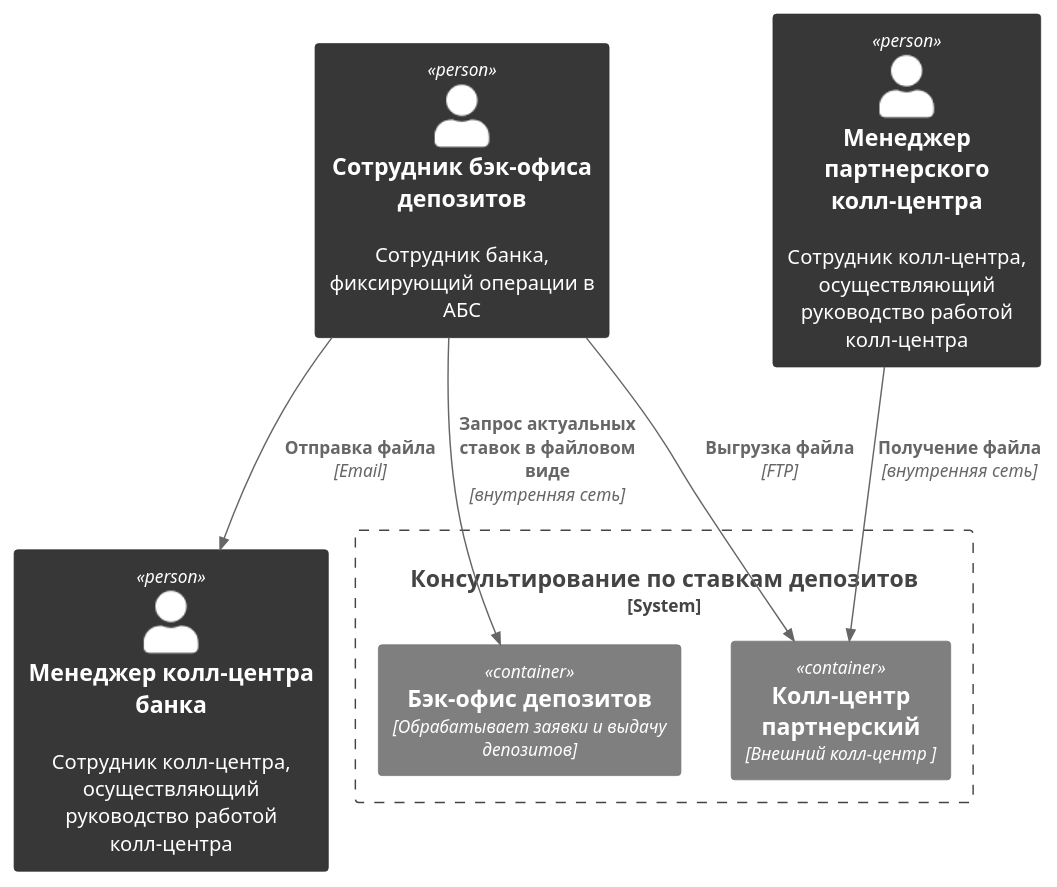
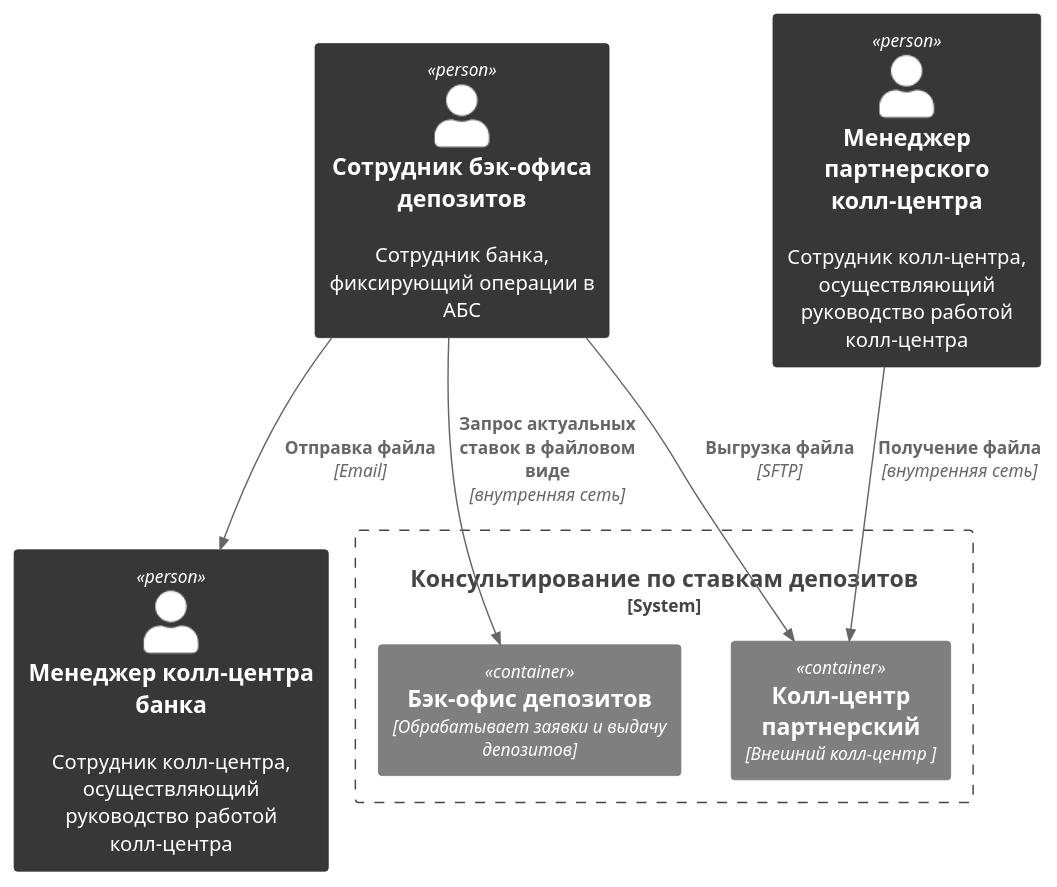
One commit to sdilman/architecture-standart changed the diagram in Task4/c4_main.puml. Above: the diagram before and after it, drawn with PlantUML. The commit also changed 6 other files, not shown here.

```diff
--- a/Task4/c4_main.puml
+++ b/Task4/c4_main.puml
@@ -1,27 +1,27 @@
 @startuml Bank_System_C4
 !include https://raw.githubusercontent.com/plantuml-stdlib/C4-PlantUML/master/C4_Container.puml
 
 ' --- Настройки ---
 skinparam wrapWidth 200
 skinparam monochrome true
 skinparam shadowing false
 
 ' --- Персонажи ---
 Person(call_employee_bank, "Менеджер колл-центра банка", "Сотрудник колл-центра, осуществляющий руководство работой колл-центра")
 Person(call_employee_partner, "Менеджер партнерского колл-центра", "Сотрудник колл-центра, осуществляющий руководство работой колл-центра")
 Person(back_employee, "Сотрудник бэк-офиса депозитов", "Сотрудник банка, фиксирующий операции в АБС")
 
 ' --- Системы ---
 System_Boundary(bank_boundary, "Консультирование по ставкам депозитов") {
     Container(back_office, "Бэк-офис депозитов", "Обрабатывает заявки и выдачу депозитов")
     Container(call_center_partner, "Колл-центр партнерский", "Внешний колл-центр ")
 }
 
 ' --- Связи ---
 Rel(back_employee, back_office, "Запрос актуальных ставок в файловом виде", "внутренняя сеть")
 Rel(back_employee, call_employee_bank, "Отправка файла", "Email")
-Rel(back_employee, call_center_partner, "Выгрузка файла", "FTP")
+Rel(back_employee, call_center_partner, "Выгрузка файла", "SFTP")
 Rel(call_employee_partner, call_center_partner, "Получение файла", "внутренняя сеть")
 
 
 @enduml
```
